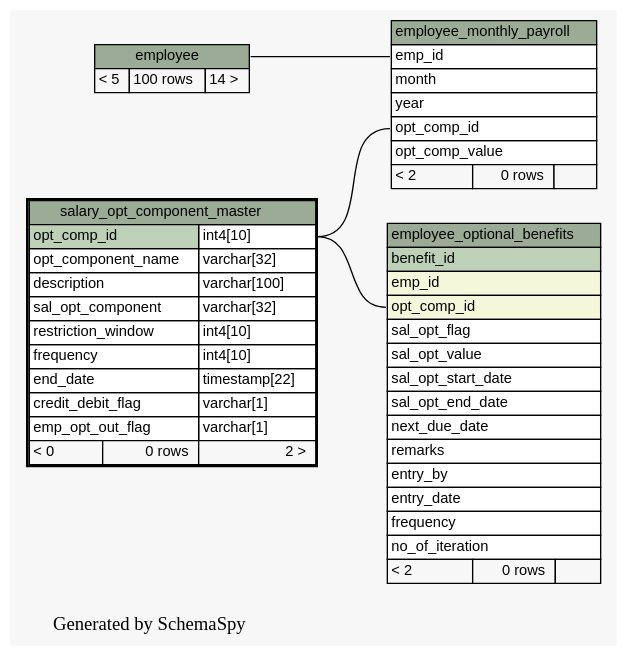
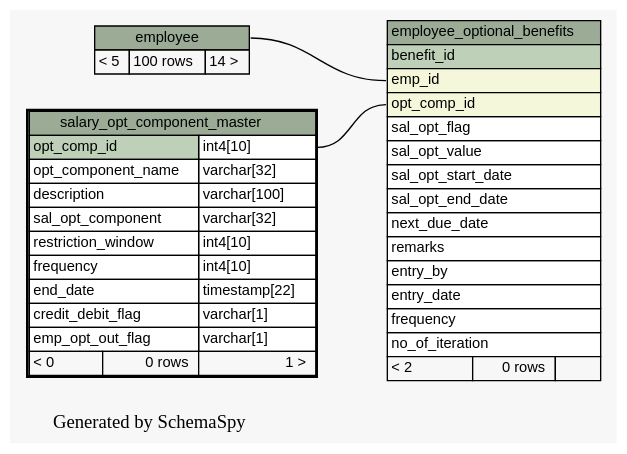
One commit to engineerscraft/hrms changed the diagram in docs/database/schemaspy/graphs/salary_opt_component_master.2degrees.dot. Above: the diagram before and after it, drawn with Graphviz. The commit also changed 144 other files, not shown here.

Commit message:
Added updated monthly_payroll with enumeration

```diff
--- a/docs/database/schemaspy/graphs/salary_opt_component_master.2degrees.dot
+++ b/docs/database/schemaspy/graphs/salary_opt_component_master.2degrees.dot
@@ -1,83 +1,68 @@
 // dot 2.38.0 on Windows 8.1 6.3
 digraph "twoDegreesRelationshipsGraph" {
   graph [
     rankdir="RL"
     bgcolor="#f7f7f7"
     label="\nGenerated by SchemaSpy"
     labeljust="l"
   ];
   node [
     fontname="Helvetica"
     fontsize="11"
     shape="plaintext"
   ];
   edge [
     arrowsize="0.8"
   ];
-  "employee_monthly_payroll":"emp_id":w -> "employee":"employee.heading":e [arrowtail=crowodot arrowhead=none];
-  "employee_monthly_payroll":"opt_comp_id":w -> "salary_opt_component_master":"opt_comp_id.type":e [arrowtail=crowodot arrowhead=none];
+  "employee_optional_benefits":"emp_id":w -> "employee":"employee.heading":e [arrowtail=crowodot arrowhead=none];
   "employee_optional_benefits":"opt_comp_id":w -> "salary_opt_component_master":"opt_comp_id.type":e [arrowtail=crowodot arrowhead=none];
   "employee" [
     label=<
     <TABLE BORDER="0" CELLBORDER="1" CELLSPACING="0" BGCOLOR="#ffffff">
       <TR><TD PORT="employee.heading" COLSPAN="3" BGCOLOR="#9bab96" ALIGN="CENTER">employee</TD></TR>
       <TR><TD ALIGN="LEFT" BGCOLOR="#f7f7f7">&lt; 5</TD><TD ALIGN="RIGHT" BGCOLOR="#f7f7f7">100 rows</TD><TD ALIGN="RIGHT" BGCOLOR="#f7f7f7">14 &gt;</TD></TR>
     </TABLE>>
     URL="employee.html#graph"
     tooltip="employee"
-  ];
-  "employee_monthly_payroll" [
-    label=<
-    <TABLE BORDER="0" CELLBORDER="1" CELLSPACING="0" BGCOLOR="#ffffff">
-      <TR><TD PORT="employee_monthly_payroll.heading" COLSPAN="3" BGCOLOR="#9bab96" ALIGN="CENTER">employee_monthly_payroll</TD></TR>
-      <TR><TD PORT="emp_id" COLSPAN="3" ALIGN="LEFT">emp_id</TD></TR>
-      <TR><TD PORT="month" COLSPAN="3" ALIGN="LEFT">month</TD></TR>
-      <TR><TD PORT="year" COLSPAN="3" ALIGN="LEFT">year</TD></TR>
-      <TR><TD PORT="opt_comp_id" COLSPAN="3" ALIGN="LEFT">opt_comp_id</TD></TR>
-      <TR><TD PORT="opt_comp_value" COLSPAN="3" ALIGN="LEFT">opt_comp_value</TD></TR>
-      <TR><TD ALIGN="LEFT" BGCOLOR="#f7f7f7">&lt; 2</TD><TD ALIGN="RIGHT" BGCOLOR="#f7f7f7">0 rows</TD><TD ALIGN="RIGHT" BGCOLOR="#f7f7f7">  </TD></TR>
-    </TABLE>>
-    URL="employee_monthly_payroll.html#graph"
-    tooltip="employee_monthly_payroll"
   ];
   "employee_optional_benefits" [
     label=<
     <TABLE BORDER="0" CELLBORDER="1" CELLSPACING="0" BGCOLOR="#ffffff">
       <TR><TD PORT="employee_optional_benefits.heading" COLSPAN="3" BGCOLOR="#9bab96" ALIGN="CENTER">employee_optional_benefits</TD></TR>
       <TR><TD PORT="benefit_id" COLSPAN="3" BGCOLOR="#bed1b8" ALIGN="LEFT">benefit_id</TD></TR>
       <TR><TD PORT="emp_id" COLSPAN="3" BGCOLOR="#f4f7da" ALIGN="LEFT">emp_id</TD></TR>
       <TR><TD PORT="opt_comp_id" COLSPAN="3" BGCOLOR="#f4f7da" ALIGN="LEFT">opt_comp_id</TD></TR>
       <TR><TD PORT="sal_opt_flag" COLSPAN="3" ALIGN="LEFT">sal_opt_flag</TD></TR>
       <TR><TD PORT="sal_opt_value" COLSPAN="3" ALIGN="LEFT">sal_opt_value</TD></TR>
       <TR><TD PORT="sal_opt_start_date" COLSPAN="3" ALIGN="LEFT">sal_opt_start_date</TD></TR>
       <TR><TD PORT="sal_opt_end_date" COLSPAN="3" ALIGN="LEFT">sal_opt_end_date</TD></TR>
       <TR><TD PORT="next_due_date" COLSPAN="3" ALIGN="LEFT">next_due_date</TD></TR>
       <TR><TD PORT="remarks" COLSPAN="3" ALIGN="LEFT">remarks</TD></TR>
       <TR><TD PORT="entry_by" COLSPAN="3" ALIGN="LEFT">entry_by</TD></TR>
       <TR><TD PORT="entry_date" COLSPAN="3" ALIGN="LEFT">entry_date</TD></TR>
       <TR><TD PORT="frequency" COLSPAN="3" ALIGN="LEFT">frequency</TD></TR>
       <TR><TD PORT="no_of_iteration" COLSPAN="3" ALIGN="LEFT">no_of_iteration</TD></TR>
       <TR><TD ALIGN="LEFT" BGCOLOR="#f7f7f7">&lt; 2</TD><TD ALIGN="RIGHT" BGCOLOR="#f7f7f7">0 rows</TD><TD ALIGN="RIGHT" BGCOLOR="#f7f7f7">  </TD></TR>
     </TABLE>>
     URL="employee_optional_benefits.html#graph"
     tooltip="employee_optional_benefits"
   ];
   "salary_opt_component_master" [
     label=<
     <TABLE BORDER="2" CELLBORDER="1" CELLSPACING="0" BGCOLOR="#ffffff">
       <TR><TD PORT="salary_opt_component_master.heading" COLSPAN="3" BGCOLOR="#9bab96" ALIGN="CENTER">salary_opt_component_master</TD></TR>
       <TR><TD PORT="opt_comp_id" COLSPAN="2" BGCOLOR="#bed1b8" ALIGN="LEFT">opt_comp_id</TD><TD PORT="opt_comp_id.type" ALIGN="LEFT">int4[10]</TD></TR>
       <TR><TD PORT="opt_component_name" COLSPAN="2" ALIGN="LEFT">opt_component_name</TD><TD PORT="opt_component_name.type" ALIGN="LEFT">varchar[32]</TD></TR>
       <TR><TD PORT="description" COLSPAN="2" ALIGN="LEFT">description</TD><TD PORT="description.type" ALIGN="LEFT">varchar[100]</TD></TR>
       <TR><TD PORT="sal_opt_component" COLSPAN="2" ALIGN="LEFT">sal_opt_component</TD><TD PORT="sal_opt_component.type" ALIGN="LEFT">varchar[32]</TD></TR>
       <TR><TD PORT="restriction_window" COLSPAN="2" ALIGN="LEFT">restriction_window</TD><TD PORT="restriction_window.type" ALIGN="LEFT">int4[10]</TD></TR>
       <TR><TD PORT="frequency" COLSPAN="2" ALIGN="LEFT">frequency</TD><TD PORT="frequency.type" ALIGN="LEFT">int4[10]</TD></TR>
       <TR><TD PORT="end_date" COLSPAN="2" ALIGN="LEFT">end_date</TD><TD PORT="end_date.type" ALIGN="LEFT">timestamp[22]</TD></TR>
       <TR><TD PORT="credit_debit_flag" COLSPAN="2" ALIGN="LEFT">credit_debit_flag</TD><TD PORT="credit_debit_flag.type" ALIGN="LEFT">varchar[1]</TD></TR>
       <TR><TD PORT="emp_opt_out_flag" COLSPAN="2" ALIGN="LEFT">emp_opt_out_flag</TD><TD PORT="emp_opt_out_flag.type" ALIGN="LEFT">varchar[1]</TD></TR>
-      <TR><TD ALIGN="LEFT" BGCOLOR="#f7f7f7">&lt; 0</TD><TD ALIGN="RIGHT" BGCOLOR="#f7f7f7">0 rows</TD><TD ALIGN="RIGHT" BGCOLOR="#f7f7f7">2 &gt;</TD></TR>
+      <TR><TD ALIGN="LEFT" BGCOLOR="#f7f7f7">&lt; 0</TD><TD ALIGN="RIGHT" BGCOLOR="#f7f7f7">0 rows</TD><TD ALIGN="RIGHT" BGCOLOR="#f7f7f7">1 &gt;</TD></TR>
     </TABLE>>
     URL="salary_opt_component_master.html#"
     tooltip="salary_opt_component_master"
   ];
 }
```
